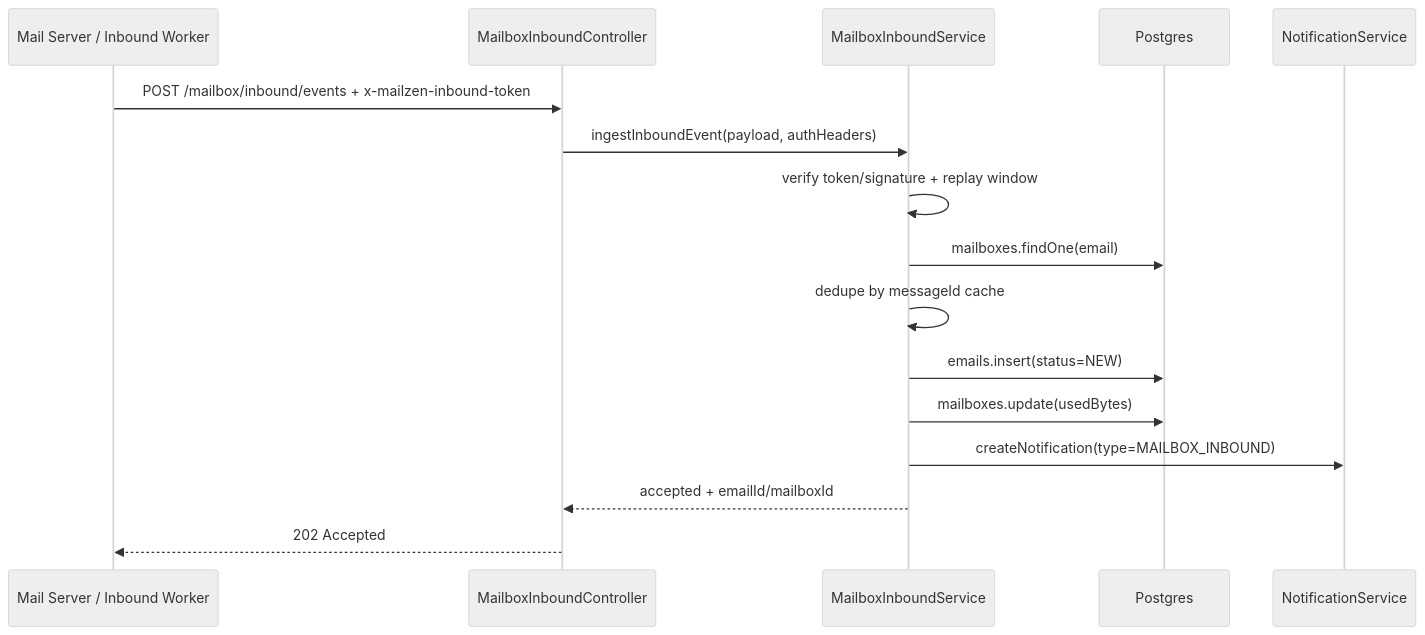
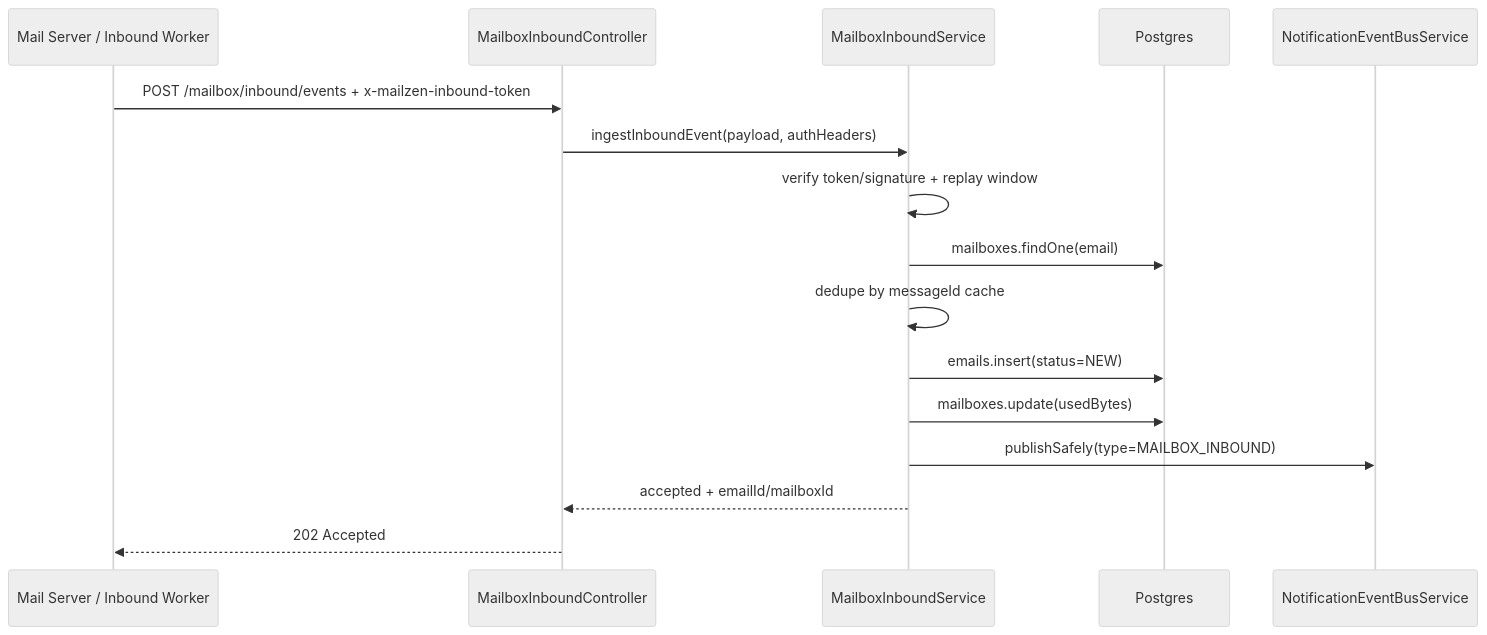
One commit to AmanVatsSharma/MailZen-Smart-Email-Management changed the second of 2 diagrams in apps/backend/src/mailbox/README.md. Above: the diagram before and after it, drawn with Mermaid (neutral theme). The commit also changed 21 other files, not shown here.

Commit message:
Introduce notification domain event bus abstraction

````diff
--- a/apps/backend/src/mailbox/README.md
+++ b/apps/backend/src/mailbox/README.md
@@ -175,19 +175,19 @@
 ```mermaid
 sequenceDiagram
   participant MailInfra as Mail Server / Inbound Worker
   participant API as MailboxInboundController
   participant SVC as MailboxInboundService
   participant DB as Postgres
-  participant Notif as NotificationService
+  participant EventBus as NotificationEventBusService
 
   MailInfra->>API: POST /mailbox/inbound/events + x-mailzen-inbound-token
   API->>SVC: ingestInboundEvent(payload, authHeaders)
   SVC->>SVC: verify token/signature + replay window
   SVC->>DB: mailboxes.findOne(email)
   SVC->>SVC: dedupe by messageId cache
   SVC->>DB: emails.insert(status=NEW)
   SVC->>DB: mailboxes.update(usedBytes)
-  SVC->>Notif: createNotification(type=MAILBOX_INBOUND)
+  SVC->>EventBus: publishSafely(type=MAILBOX_INBOUND)
   SVC-->>API: accepted + emailId/mailboxId
   API-->>MailInfra: 202 Accepted
 ```
````
